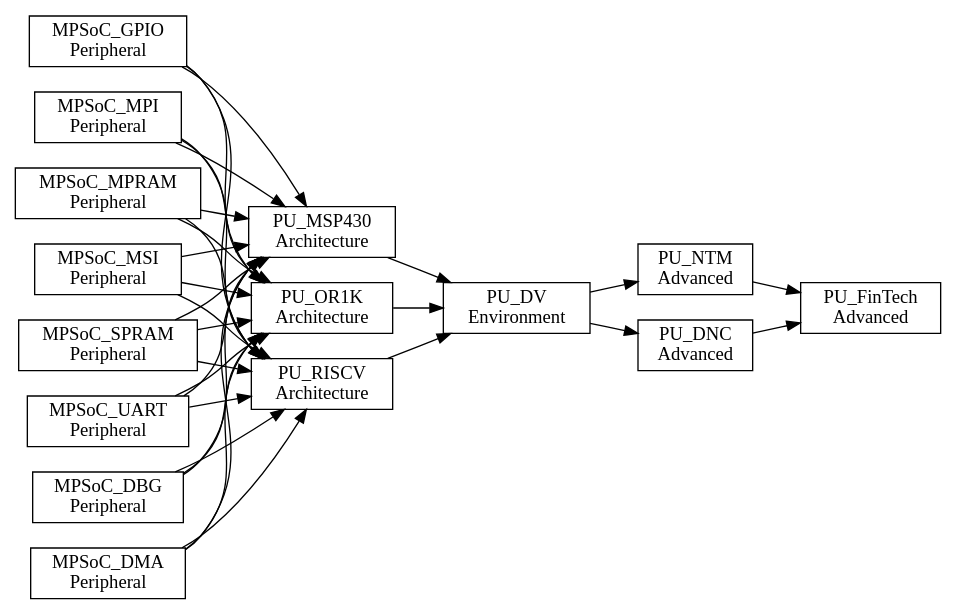
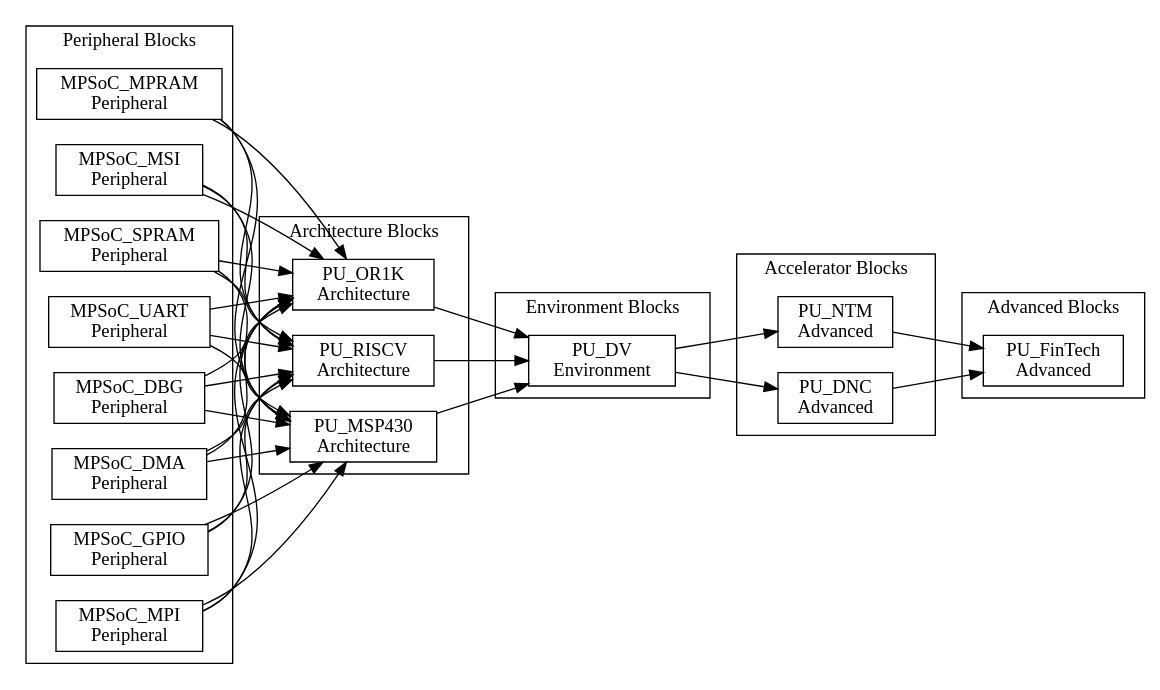
Before and after one commit to PacoReinaCampo/SoC-RTOS: the diagram in doc/book/assets/chapter4/dependences-pu-fintech.dot, drawn with Graphviz. The commit also changed 1048 other files, not shown here.

```diff
--- a/doc/book/assets/chapter4/dependences-pu-fintech.dot
+++ b/doc/book/assets/chapter4/dependences-pu-fintech.dot
@@ -1,70 +1,80 @@
 digraph Project {
   // Introduction
   graph [rankdir = LR];
   node[shape=record];
 
   // Peripheral Blocks
-  MPSoC_DBG[label="MPSoC_DBG \nPeripheral"];
-  MPSoC_DMA[label="MPSoC_DMA \nPeripheral"];
-  MPSoC_GPIO[label="MPSoC_GPIO \nPeripheral"];
-  MPSoC_MPI[label="MPSoC_MPI \nPeripheral"];
-  MPSoC_MPRAM[label="MPSoC_MPRAM \nPeripheral"];
-  MPSoC_MSI[label="MPSoC_MSI \nPeripheral"];
-  MPSoC_SPRAM[label="MPSoC_SPRAM \nPeripheral"];
-  MPSoC_UART[label="MPSoC_UART \nPeripheral"];
+  subgraph "cluster PeripheralBlocks" { label = "Peripheral Blocks";
+    MPSoC_DBG[label="MPSoC_DBG \nPeripheral"];
+    MPSoC_DMA[label="MPSoC_DMA \nPeripheral"];
+    MPSoC_GPIO[label="MPSoC_GPIO \nPeripheral"];
+    MPSoC_MPI[label="MPSoC_MPI \nPeripheral"];
+    MPSoC_MPRAM[label="MPSoC_MPRAM \nPeripheral"];
+    MPSoC_MSI[label="MPSoC_MSI \nPeripheral"];
+    MPSoC_SPRAM[label="MPSoC_SPRAM \nPeripheral"];
+    MPSoC_UART[label="MPSoC_UART \nPeripheral"];
+  }
 
   // Architecture Blocks
-  PU_MSP430[label="PU_MSP430 \nArchitecture"];
-  PU_OR1K[label="PU_OR1K \nArchitecture"];
-  PU_RISCV[label="PU_RISCV \nArchitecture"];
+  subgraph "cluster ArchitectureBlocks" { label = "Architecture Blocks";
+    PU_MSP430[label="PU_MSP430 \nArchitecture"];
+    PU_OR1K[label="PU_OR1K \nArchitecture"];
+    PU_RISCV[label="PU_RISCV \nArchitecture"];
+  }
 
   // Environment Blocks
-  PU_DV[label="PU_DV \nEnvironment"];
+  subgraph "cluster EnvironmentBlocks" { label = "Environment Blocks";
+    PU_DV[label="PU_DV \nEnvironment"];
+  }
 
   // Accelerator Blocks
-  PU_NTM[label="PU_NTM \nAdvanced"];
-  PU_DNC[label="PU_DNC \nAdvanced"];
+  subgraph "cluster AcceleratorBlocks" { label = "Accelerator Blocks";
+    PU_NTM[label="PU_NTM \nAdvanced"];
+    PU_DNC[label="PU_DNC \nAdvanced"];
+  }
 
   // Advanced Blocks
-  PU_FinTech[label="PU_FinTech \nAdvanced"];
+  subgraph "cluster AdvancedBlocks" { label = "Advanced Blocks";
+    PU_FinTech[label="PU_FinTech \nAdvanced"];
+  }
 
   MPSoC_DBG -> PU_MSP430;
   MPSoC_DMA -> PU_MSP430;
   MPSoC_GPIO -> PU_MSP430;
   MPSoC_MPI -> PU_MSP430;
   MPSoC_MPRAM -> PU_MSP430;
   MPSoC_MSI -> PU_MSP430;
   MPSoC_SPRAM -> PU_MSP430;
   MPSoC_UART -> PU_MSP430;
 
   MPSoC_DBG -> PU_OR1K;
   MPSoC_DMA -> PU_OR1K;
   MPSoC_GPIO -> PU_OR1K;
   MPSoC_MPI -> PU_OR1K;
   MPSoC_MPRAM -> PU_OR1K;
   MPSoC_MSI -> PU_OR1K;
   MPSoC_SPRAM -> PU_OR1K;
   MPSoC_UART -> PU_OR1K;
 
   MPSoC_DBG -> PU_RISCV;
   MPSoC_DMA -> PU_RISCV;
   MPSoC_GPIO -> PU_RISCV;
   MPSoC_MPI -> PU_RISCV;
   MPSoC_MPRAM -> PU_RISCV;
   MPSoC_MSI -> PU_RISCV;
   MPSoC_SPRAM -> PU_RISCV;
   MPSoC_UART -> PU_RISCV;
 
   // Architecture -> Environment
   PU_MSP430 -> PU_DV;
   PU_OR1K -> PU_DV;
   PU_RISCV -> PU_DV;
 
   // Environment -> Accelerator
   PU_DV -> PU_NTM;
   PU_DV -> PU_DNC;
 
   // Accelerator -> Advanced
   PU_NTM -> PU_FinTech;
   PU_DNC -> PU_FinTech;
 }
```
